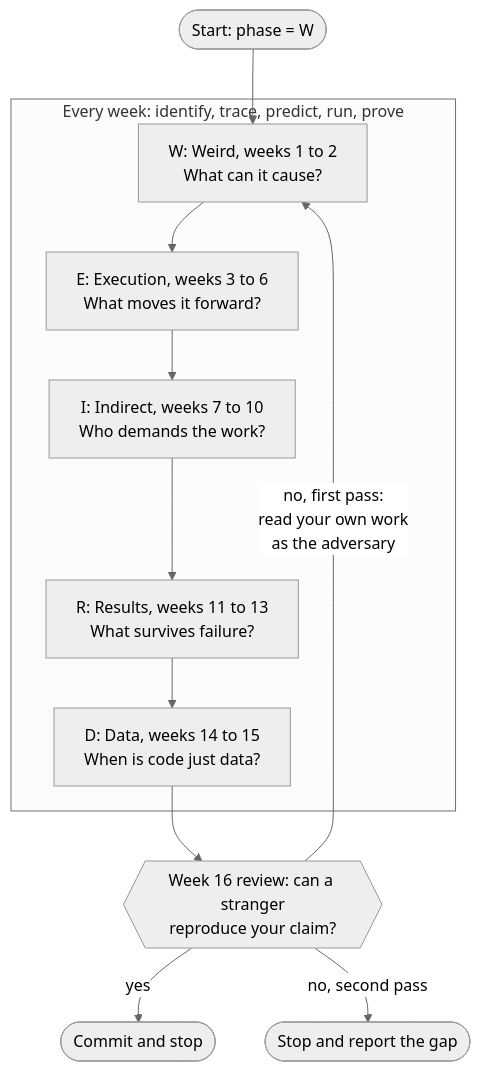
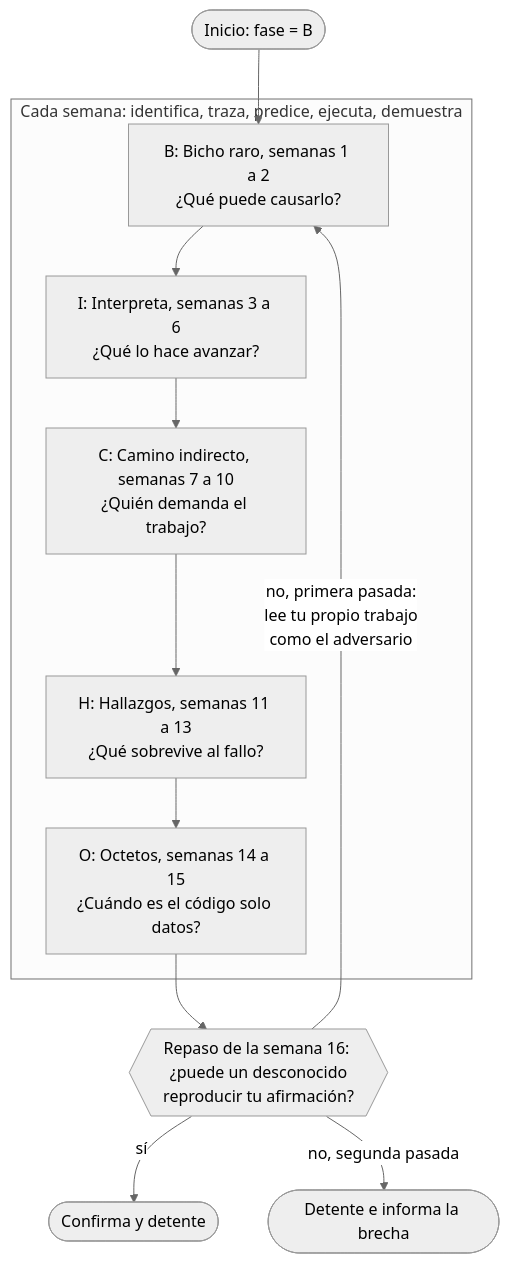
Before and after one commit to dullroar/aprende-a-programar-como-un-bicho-raro: the diagram in docs/curriculum.md, drawn with Mermaid (neutral theme). The commit also changed other lines of this file and 16 other files, not shown here.

````diff
--- a/docs/curriculum.md
+++ b/docs/curriculum.md
@@ -30,13 +30,13 @@
 ```mermaid
 flowchart TD
-    accTitle: The semester as a WEIRD algorithm
-    accDescr: A flowchart. The course starts with the phase pointer set to W, Weird. A box around the five phases says that every week repeats one cycle: identify the machine, trace one run, predict, run and prove. Inside the box, the pointer moves from W to E to I to R to D. W covers weeks 1 and 2, E for Execution covers weeks 3 to 6, I for Indirect covers weeks 7 to 10, R for Results covers weeks 11 to 13 and D for Data covers weeks 14 and 15. After D, week 16 is a decision that asks whether a stranger can reproduce your claim from your evidence. If the answer is yes, the course commits the result and stops. If the answer is no and this was the first pass, an arrow returns to W, and you read your own program as an adversary. If the answer is no after the second pass, the course stops and you report what is missing. At most one more pass is allowed.
-    S(["Start: phase = W"]) --> W
-    subgraph weeks["Every week: identify, trace, predict, run, prove"]
-        W["W: Weird, weeks 1 to 2<br/>What can it cause?"] --> E["E: Execution, weeks 3 to 6<br/>What moves it forward?"] --> I["I: Indirect, weeks 7 to 10<br/>Who demands the work?"] --> R["R: Results, weeks 11 to 13<br/>What survives failure?"] --> D["D: Data, weeks 14 to 15<br/>When is code just data?"]
+    accTitle: El semestre como un algoritmo raro
+    accDescr: Un diagrama de flujo. El curso empieza con el puntero de fase en B, Bicho raro. Un recuadro alrededor de las cinco fases indica que cada semana repite un ciclo: identifica la máquina, traza una ejecución, predice, ejecuta y prueba. Dentro del recuadro, el puntero pasa de B a I, a C, a H y a O. B cubre las semanas 1 y 2. I (Interpreta) cubre las semanas de 3 a 6. C (Camino indirecto) cubre las semanas de 7 a 10. H (Hallazgos) cubre las semanas de 11 a 13. O (Octetos) cubre las semanas 14 y 15. Después de O, la semana 16 es una decisión que pregunta si un desconocido puede reproducir tu afirmación a partir de tu evidencia. Si la respuesta es sí, el curso guarda el resultado con una confirmación (*commit*) de Git, un registro fijo del cambio en el historial, y termina. Si la respuesta es no y esta fue la primera pasada, una flecha vuelve a B, y lees tu propio programa como un adversario. Si la respuesta es no después de la segunda pasada, el curso termina y informas qué falta. Se permite como máximo una pasada más.
+    S(["Inicio: fase = B"]) --> W
+    subgraph weeks["Cada semana: identifica, traza, predice, ejecuta, demuestra"]
+        W["B: Bicho raro, semanas 1 a 2<br/>¿Qué puede causarlo?"] --> E["I: Interpreta, semanas 3 a 6<br/>¿Qué lo hace avanzar?"] --> I["C: Camino indirecto, semanas 7 a 10<br/>¿Quién demanda el trabajo?"] --> R["H: Hallazgos, semanas 11 a 13<br/>¿Qué sobrevive al fallo?"] --> D["O: Octetos, semanas 14 a 15<br/>¿Cuándo es el código solo datos?"]
     end
-    D --> C{{"Week 16 review: can a stranger<br/>reproduce your claim?"}}
-    C -- "yes" --> X(["Commit and stop"])
-    C -- "no, first pass:<br/>read your own work<br/>as the adversary" --> W
-    C -- "no, second pass" --> G(["Stop and report the gap"])
+    D --> C{{"Repaso de la semana 16: ¿puede un desconocido<br/>reproducir tu afirmación?"}}
+    C -- "sí" --> X(["Confirma y detente"])
+    C -- "no, primera pasada:<br/>lee tu propio trabajo<br/>como el adversario" --> W
+    C -- "no, segunda pasada" --> G(["Detente e informa la brecha"])
 ```
````
